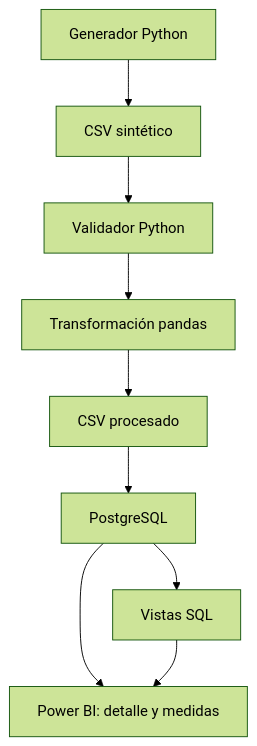
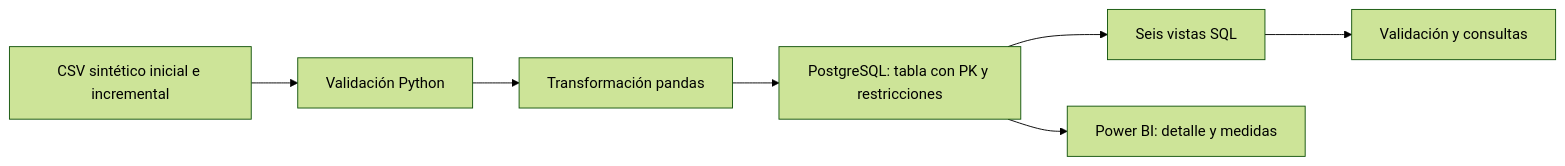
Before and after one commit to SouthClvbDev/portability-data-pipeline: the diagram in docs/architecture.md, drawn with Mermaid (forest theme). The commit also changed other lines of this file and 23 other files, not shown here.

````diff
--- a/docs/architecture.md
+++ b/docs/architecture.md
@@ -7,11 +5,9 @@
 ```mermaid
-flowchart TD
-    A["Generador Python"] --> B["CSV sintético"]
-    B --> C["Validador Python"]
-    C --> D["Transformación pandas"]
-    D --> E["CSV procesado"]
-    E --> F["PostgreSQL"]
-    F --> G["Vistas SQL"]
-    F --> H["Power BI: detalle y medidas"]
-    G --> H
+flowchart LR
+    A[CSV sintético inicial e incremental] --> B[Validación Python]
+    B --> C[Transformación pandas]
+    C --> D[PostgreSQL: tabla con PK y restricciones]
+    D --> E[Seis vistas SQL]
+    D --> F[Power BI: detalle y medidas]
+    E --> G[Validación y consultas]
 ```
````
